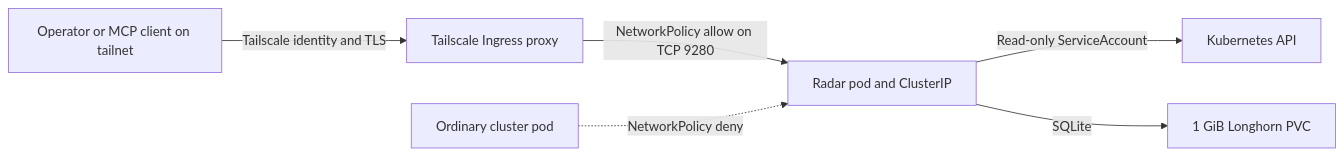
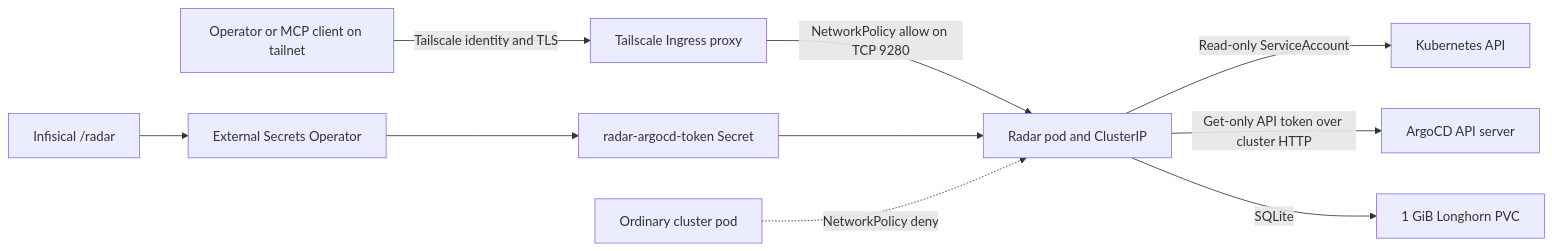
The diagram in specs/radar-in-cluster.md (basher83/mothership-gitops), drawn with Mermaid before and after one commit. The commit also changed other lines of this file and 1 other file, not shown here.

First line of the commit message:
feat(argocd): add Radar API account

````diff
--- a/specs/radar-in-cluster.md
+++ b/specs/radar-in-cluster.md
@@ -105,8 +123,12 @@
 ```mermaid
 flowchart LR
     OP["Operator or MCP client on tailnet"] -->|"Tailscale identity and TLS"| TS["Tailscale Ingress proxy"]
     TS -->|"NetworkPolicy allow on TCP 9280"| RD["Radar pod and ClusterIP"]
     RD -->|"Read-only ServiceAccount"| API["Kubernetes API"]
+    RD -->|"Get-only API token over cluster HTTP"| ARGO["ArgoCD API server"]
+    INF["Infisical /radar"] --> ESO["External Secrets Operator"]
+    ESO --> SEC["radar-argocd-token Secret"]
+    SEC --> RD
     RD -->|"SQLite"| PVC["1 GiB Longhorn PVC"]
     KP["Ordinary cluster pod"] -. "NetworkPolicy deny" .-> RD
 ```
````
